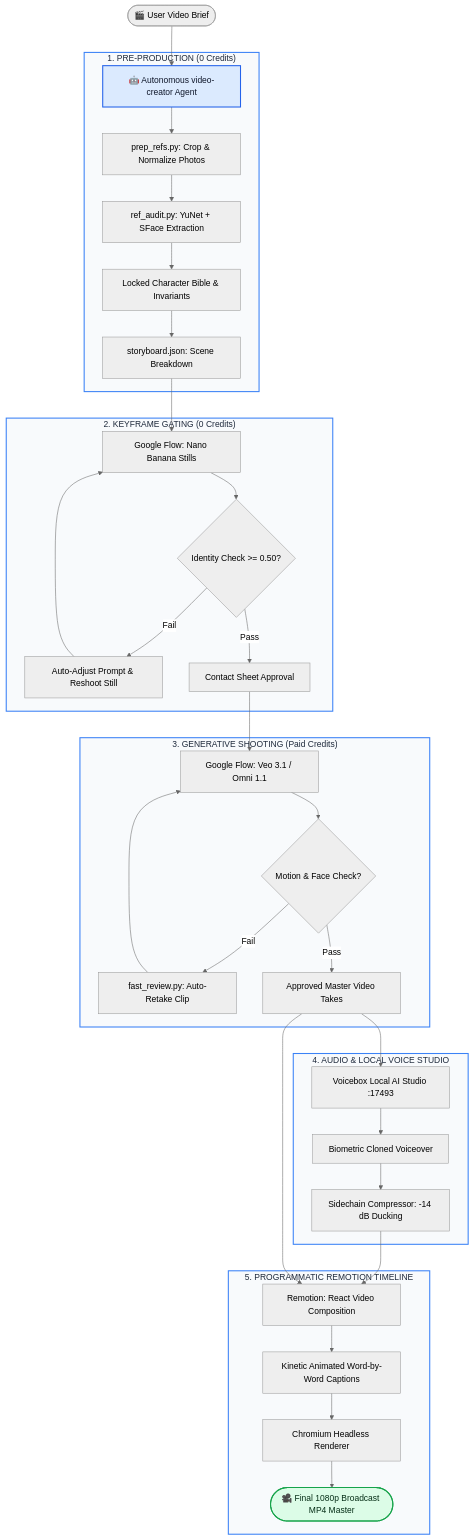
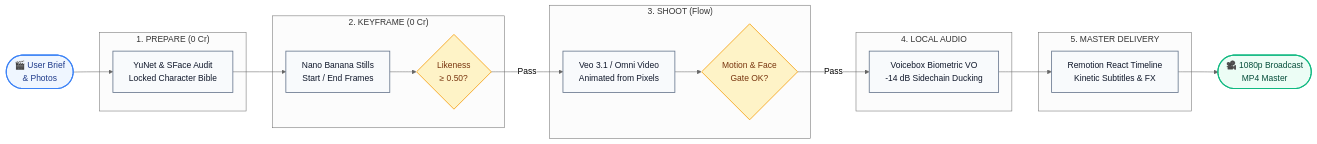
One commit to HassenChaaben/flow-film-director changed the diagram in README.md. Above: the diagram before and after it, drawn with Mermaid (neutral theme). The commit also changed other lines of this file, not shown here.

Commit message:
docs(readme): convert architecture diagram to compact horizontal layout

````diff
--- a/README.md
+++ b/README.md
@@ -149,48 +149,42 @@
 ```mermaid
-flowchart TD
-    User([🎬 User Video Brief]) --> Agent[🤖 Autonomous video-creator Agent]
+flowchart LR
+    classDef start fill:#eff6ff,stroke:#3b82f6,stroke-width:2px,color:#1e3a8a
+    classDef step fill:#f8fafc,stroke:#64748b,stroke-width:1.5px,color:#0f172a
+    classDef gate fill:#fef3c7,stroke:#f59e0b,stroke-width:1.5px,color:#78350f
+    classDef master fill:#ecfdf5,stroke:#10b981,stroke-width:2px,color:#064e3b
+
+    Brief(["🎬 User Brief<br/>& Photos"]):::start
     
-    subgraph Phase1["1. PRE-PRODUCTION (0 Credits)"]
-        Agent --> Prep[prep_refs.py: Crop & Normalize Photos]
-        Prep --> Audit[ref_audit.py: YuNet + SFace Extraction]
-        Audit --> Bible[Locked Character Bible & Invariants]
-        Bible --> SB[storyboard.json: Scene Breakdown]
+    subgraph P1["1. PREPARE (0 Cr)"]
+        Audit["YuNet & SFace Audit<br/>Locked Character Bible"]:::step
     end
 
-    subgraph Phase2["2. KEYFRAME GATING (0 Credits)"]
-        SB --> Nano[Google Flow: Nano Banana Stills]
-        Nano --> Gate1{Identity Check >= 0.50?}
-        Gate1 -- Fail --> RegenStill[Auto-Adjust Prompt & Reshoot Still]
-        RegenStill --> Nano
-        Gate1 -- Pass --> ContactSheet[Contact Sheet Approval]
+    subgraph P2["2. KEYFRAME (0 Cr)"]
+        Still["Nano Banana Stills<br/>Start / End Frames"]:::step
+        G1{"Likeness<br/>≥ 0.50?"}:::gate
+        Still --> G1
     end
 
-    subgraph Phase3["3. GENERATIVE SHOOTING (Paid Credits)"]
-        ContactSheet --> Veo[Google Flow: Veo 3.1 / Omni 1.1]
-        Veo --> Gate2{Motion & Face Check?}
-        Gate2 -- Fail --> FastRetake[fast_review.py: Auto-Retake Clip]
-        FastRetake --> Veo
-        Gate2 -- Pass --> RawTakes[Approved Master Video Takes]
+    subgraph P3["3. SHOOT (Flow)"]
+        Veo["Veo 3.1 / Omni Video<br/>Animated from Pixels"]:::step
+        G2{"Motion & Face<br/>Gate OK?"}:::gate
+        Veo --> G2
     end
 
-    subgraph Phase4["4. AUDIO & LOCAL VOICE STUDIO"]
-        RawTakes --> Voicebox[Voicebox Local AI Studio :17493]
-        Voicebox --> VO[Biometric Cloned Voiceover]
-        VO --> Ducking[Sidechain Compressor: -14 dB Ducking]
+    subgraph P4["4. LOCAL AUDIO"]
+        Voice["Voicebox Biometric VO<br/>-14 dB Sidechain Ducking"]:::step
     end
 
-    subgraph Phase5["5. PROGRAMMATIC REMOTION TIMELINE"]
-        Ducking --> ReactComp[Remotion: React Video Composition]
-        RawTakes --> ReactComp
-        ReactComp --> SRT[Kinetic Animated Word-by-Word Captions]
-        SRT --> Renderer[Chromium Headless Renderer]
-        Renderer --> FinalMaster([🎥 Final 1080p Broadcast MP4 Master])
+    subgraph P5["5. MASTER DELIVERY"]
+        Render["Remotion React Timeline<br/>Kinetic Subtitles & FX"]:::step
     end
 
-    classDef phase fill:#f8fafc,stroke:#3b82f6,stroke-width:2px,color:#1e293b;
-    classDef highlight fill:#dbeafe,stroke:#2563eb,stroke-width:2px,color:#0f172a;
-    classDef success fill:#dcfce7,stroke:#16a34a,stroke-width:2px,color:#052e16;
-    class Phase1,Phase2,Phase3,Phase4,Phase5 phase;
-    class Agent highlight;
-    class FinalMaster success;
+    Final(["🎥 1080p Broadcast<br/>MP4 Master"]):::master
+
+    Brief --> Audit
+    Audit --> Still
+    G1 -- "Pass" --> Veo
+    G2 -- "Pass" --> Voice
+    Voice --> Render
+    Render --> Final
 ```
````
